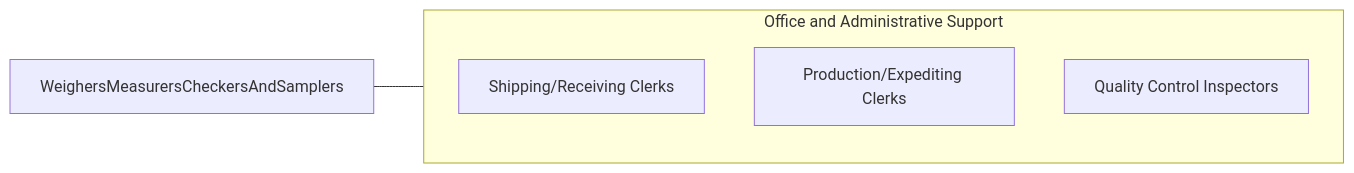
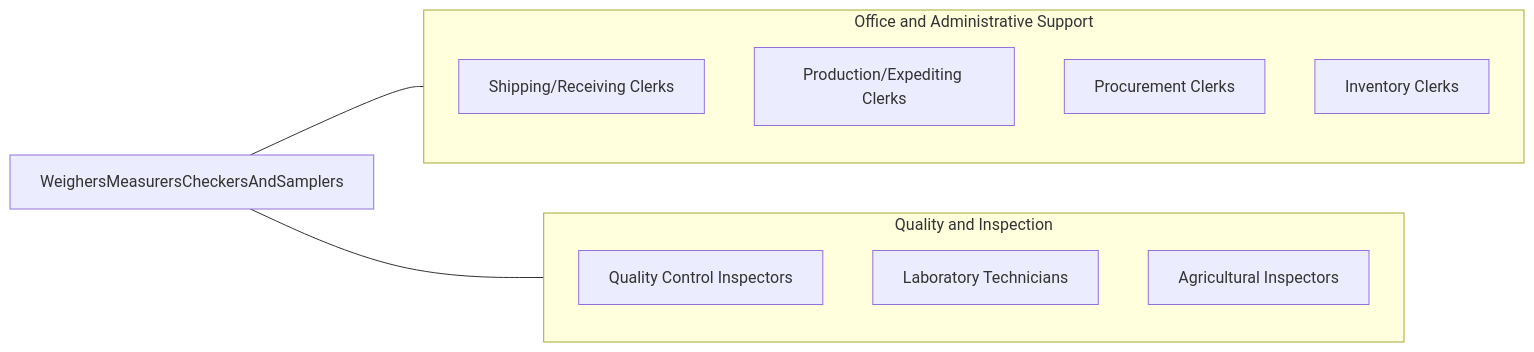
Before and after one commit to kziemski/business.org.ai: the fourth of 4 diagrams in occupations/Administrative/WeighersMeasurersCheckersAndSamplersRecordkeeping.mdx, drawn with Mermaid. The commit also changed other lines of this file and 19 other files, not shown here.

````diff
--- a/occupations/Administrative/WeighersMeasurersCheckersAndSamplersRecordkeeping.mdx
+++ b/occupations/Administrative/WeighersMeasurersCheckersAndSamplersRecordkeeping.mdx
@@ -99,10 +292,20 @@
 ```mermaid
 graph LR
     Current["WeighersMeasurersCheckersAndSamplers"]
+
     subgraph SameCategory["Office and Administrative Support"]
         RShippingClerks["Shipping/Receiving Clerks"]
         RProductionClerks["Production/Expediting Clerks"]
+        RProcurementClerks["Procurement Clerks"]
+        RInventoryClerks["Inventory Clerks"]
+    end
+
+    subgraph CrossFunctional["Quality and Inspection"]
         RInspectors["Quality Control Inspectors"]
+        RLabTechs["Laboratory Technicians"]
+        RAgriculturalInspectors["Agricultural Inspectors"]
     end
+
     Current --- SameCategory
+    Current --- CrossFunctional
 ```
````
